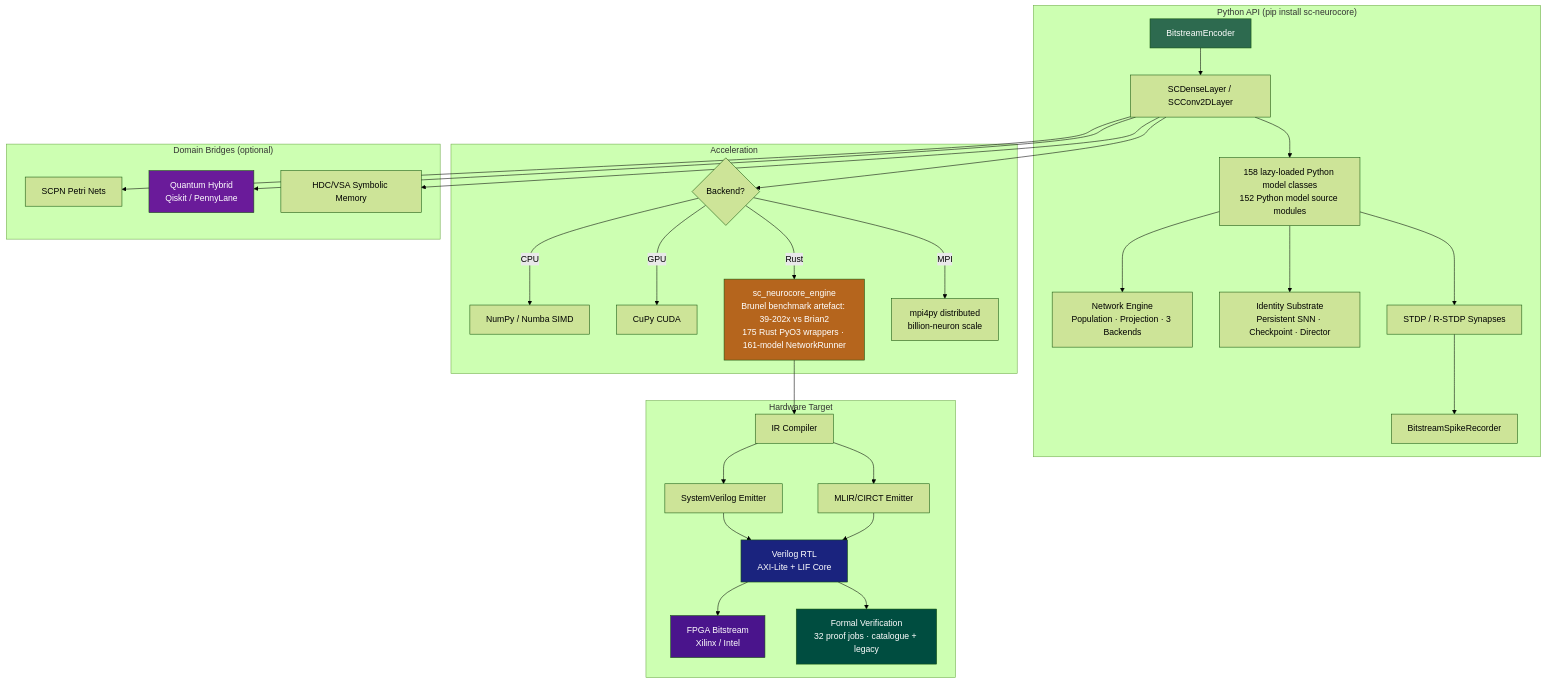
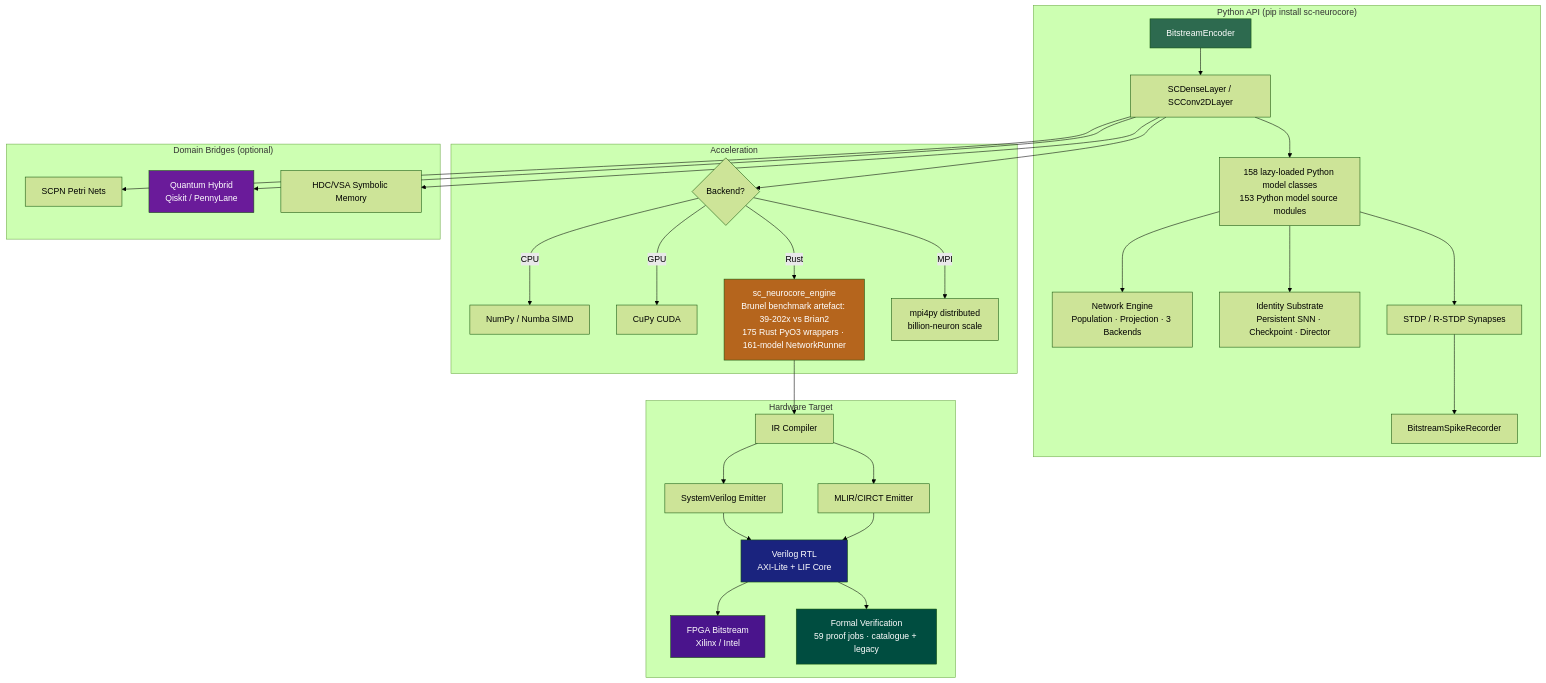
One commit to anulum/sc-neurocore changed the diagram in README.md. Above: the diagram before and after it, drawn with Mermaid (forest theme). The commit also changed other lines of this file and 35 other files, not shown here.

````diff
--- a/README.md
+++ b/README.md
@@ -313,42 +313,42 @@
 ```mermaid
 graph TD
     subgraph "Python API (pip install sc-neurocore)"
         A[BitstreamEncoder] --> B[SCDenseLayer / SCConv2DLayer]
-        B --> C[158 lazy-loaded Python model classes<br/>152 Python model source modules]
+        B --> C[158 lazy-loaded Python model classes<br/>153 Python model source modules]
         C --> NET[Network Engine<br/>Population · Projection · 3 Backends]
         C --> ID[Identity Substrate<br/>Persistent SNN · Checkpoint · Director]
         C --> D[STDP / R-STDP Synapses]
         D --> E[BitstreamSpikeRecorder]
     end
 
     subgraph "Acceleration"
         B --> F{Backend?}
         F -->|CPU| G[NumPy / Numba SIMD]
         F -->|GPU| H[CuPy CUDA]
         F -->|Rust| I[sc_neurocore_engine<br/>Brunel benchmark artefact: 39-202x vs Brian2<br/>175 Rust PyO3 wrappers · 161-model NetworkRunner]
         F -->|MPI| MPI[mpi4py distributed<br/>billion-neuron scale]
     end
 
     subgraph "Hardware Target"
         I --> J[IR Compiler]
         J --> K[SystemVerilog Emitter]
         J --> K2[MLIR/CIRCT Emitter]
         K --> L[Verilog RTL<br/>AXI-Lite + LIF Core]
         K2 --> L
         L --> M[FPGA Bitstream<br/>Xilinx / Intel]
-        L --> V[Formal Verification<br/>32 proof jobs · catalogue + legacy]
+        L --> V[Formal Verification<br/>59 proof jobs · catalogue + legacy]
     end
 
     subgraph "Domain Bridges (optional)"
         B --> N[SCPN Petri Nets]
         B --> O[Quantum Hybrid<br/>Qiskit / PennyLane]
         B --> P[HDC/VSA Symbolic Memory]
     end
 
     style A fill:#2d6a4f,color:#fff
     style I fill:#b5651d,color:#fff
     style L fill:#1a237e,color:#fff
     style M fill:#4a148c,color:#fff
     style O fill:#6a1b9a,color:#fff
     style V fill:#004d40,color:#fff
 ```
````
